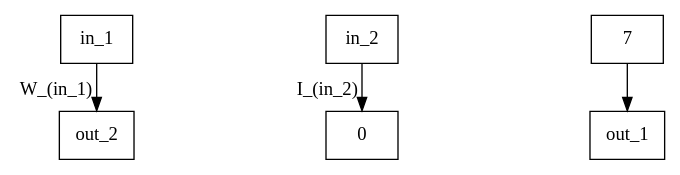
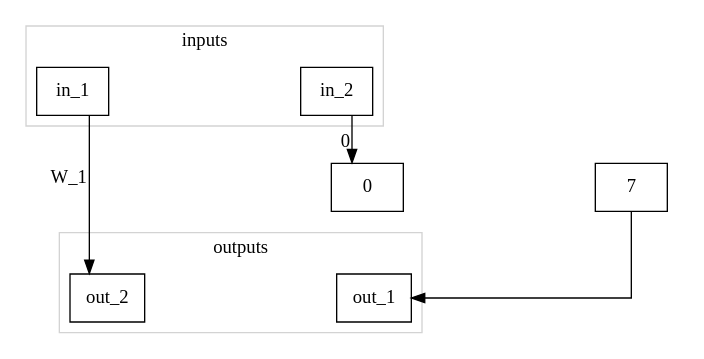
One commit to LeastAuthority/moonmath-manual changed the diagram in TRIVIAL1.dot. Above: the diagram before and after it, drawn with Graphviz. The commit also changed 51 other files, not shown here.

```diff
--- a/TRIVIAL1.dot
+++ b/TRIVIAL1.dot
@@ -1,22 +1,35 @@
 digraph TRIVIAL1 {
 	graph [center=true,
 		forcelabels=true,
 		nodesep=2.0,
 		splines=ortho
 	];
-	n1	[label=in_1,
-		shape=box];
-	n5	[label=out_2,
-		shape=box];
-	n1 -> n5	[xlabel="W_(in_1)"];
-	n2	[label=in_2,
-		shape=box];
-	n6	[label=0,
-		shape=box];
-	n2 -> n6	[xlabel="I_(in_2)"];
-	n3	[label=7,
-		shape=box];
-	n4	[label=out_1,
-		shape=box];
+	subgraph clusterINNER {
+		graph [color=white];
+		n3	[label=7,
+			shape=box];
+		n6	[label=0,
+			shape=box];
+	}
+	subgraph clusterOUTPUTS {
+		graph [color=lightgray,
+			label=outputs
+		];
+		n4	[label=out_1,
+			shape=box];
+		n5	[label=out_2,
+			shape=box];
+	}
+	subgraph clusterINPUTS {
+		graph [color=lightgray,
+			label=inputs
+		];
+		n1	[label=in_1,
+			shape=box];
+		n2	[label=in_2,
+			shape=box];
+	}
+	n1 -> n5	[xlabel=W_1];
+	n2 -> n6	[xlabel=0];
 	n3 -> n4;
 }
```
